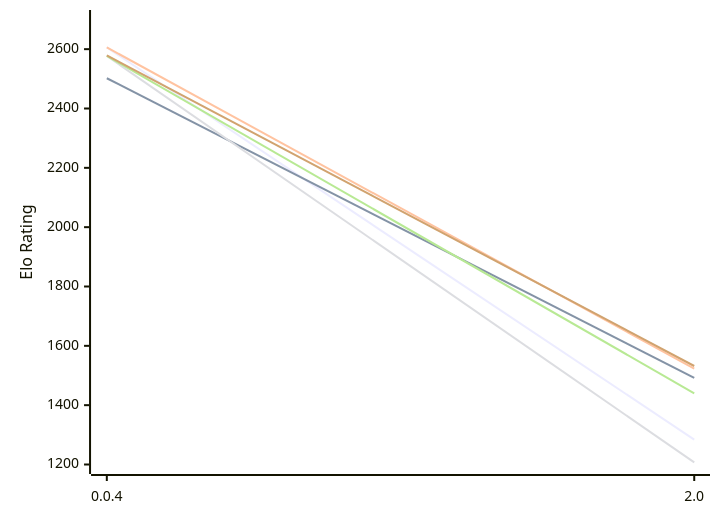
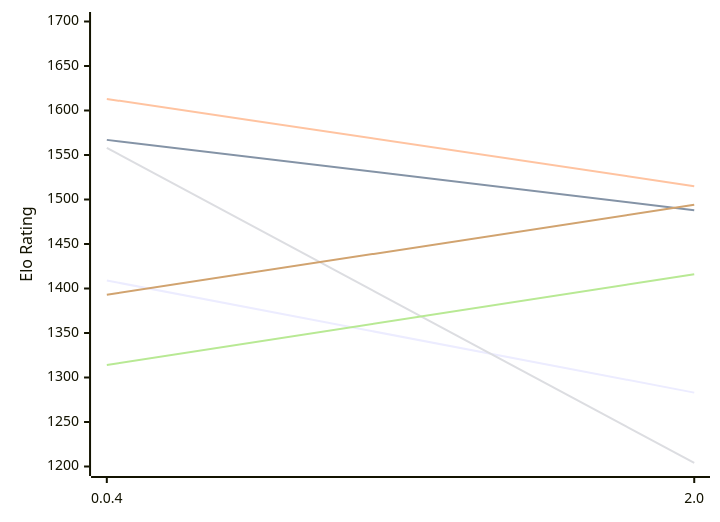
Before and after one commit to computer-chess-index/cci: the first of 2 diagrams in engines/Oops!Mate.md, drawn with Mermaid. The commit also changed other lines of this file, not shown here.

Commit message:
Update CCI Ratings (ELO VLTC) - 2026-11-13

````diff
--- a/engines/Oops!Mate.md
+++ b/engines/Oops!Mate.md
@@ -50,12 +50,12 @@
 ```mermaid
 %%{init: {"theme":"base","themeVariables":{"seriesColors:['#a3a3a3','#222221','#faa371']}}}%%
 xychart-beta
   x-axis ["0.0.4", "2.0"]
-  y-axis "Elo Rating" 1200 --> 2700
-  line "E1: STC (8.0+0.08s)" [2606, 1284]
-  line "E1: LTC (60.0+0.60s)" [2502, 1492]
-  line "E1: VLTC (2m24s+1.12s)" [2606, 1523]
-  line "P1: STC (8.0+0.08s)" [2577, 1207]
-  line "P1: LTC (60.0+0.60s)" [2577, 1440]
-  line "P1: VLTC (2m24s+1.12s)" [2579, 1532]
+  y-axis "Elo Rating" 1200 --> 1700
+  line "E1: STC (8.0+0.08s)" [1409, 1283]
+  line "E1: LTC (60.0+0.60s)" [1567, 1488]
+  line "E1: VLTC (2m24s+1.12s)" [1613, 1515]
+  line "P1: STC (8.0+0.08s)" [1558, 1204]
+  line "P1: LTC (60.0+0.60s)" [1314, 1416]
+  line "P1: VLTC (2m24s+1.12s)" [1393, 1494]
 ```
````
